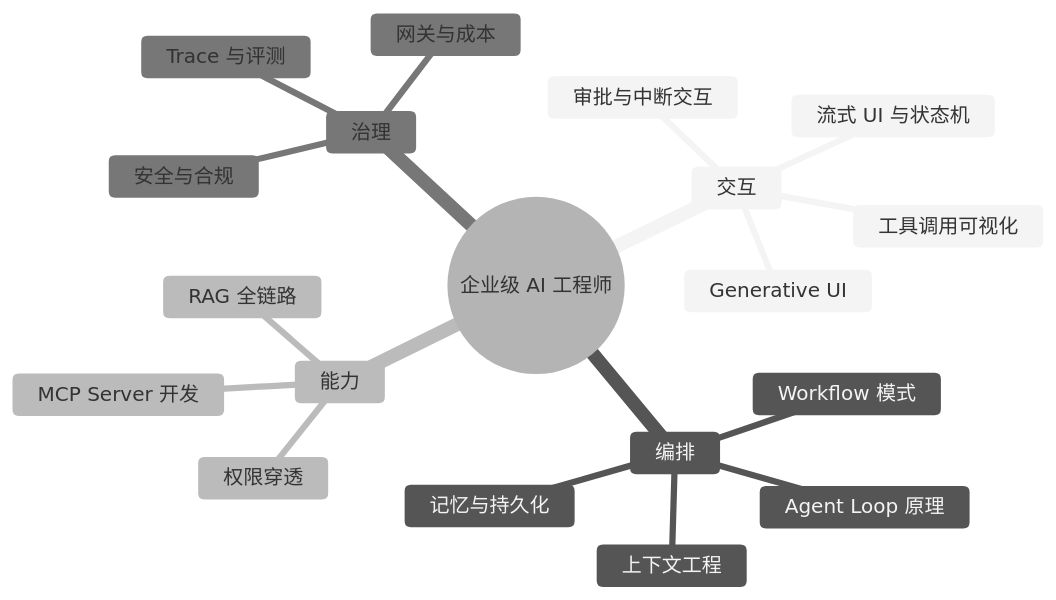
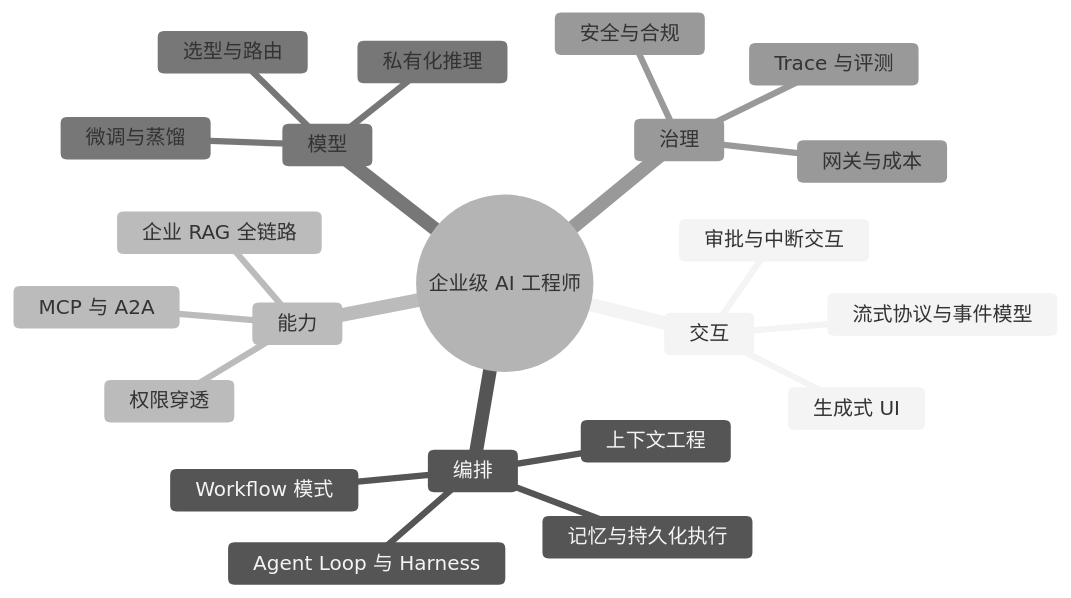
One commit to EliaukUsagi/eliauk-agent-dev-knowledge changed the fourth of 4 diagrams in 企业级AI应用开发实战/01-全景地图与技术选型.md. Above: the diagram before and after it, drawn with Mermaid (neutral theme). The commit also changed other lines of this file and 15 other files, not shown here.

````diff
--- a/企业级AI应用开发实战/01-全景地图与技术选型.md
+++ b/企业级AI应用开发实战/01-全景地图与技术选型.md
@@ -144,22 +199,25 @@
 ```mermaid
 mindmap
   root((企业级 AI 工程师))
     交互
-      流式 UI 与状态机
-      工具调用可视化
+      流式协议与事件模型
+      生成式 UI
       审批与中断交互
-      Generative UI
     编排
-      Agent Loop 原理
+      Agent Loop 与 Harness
       Workflow 模式
       上下文工程
-      记忆与持久化
+      记忆与持久化执行
     能力
-      RAG 全链路
-      MCP Server 开发
+      企业 RAG 全链路
+      MCP 与 A2A
       权限穿透
+    模型
+      选型与路由
+      私有化推理
+      微调与蒸馏
     治理
       Trace 与评测
       网关与成本
       安全与合规
 ```
````
